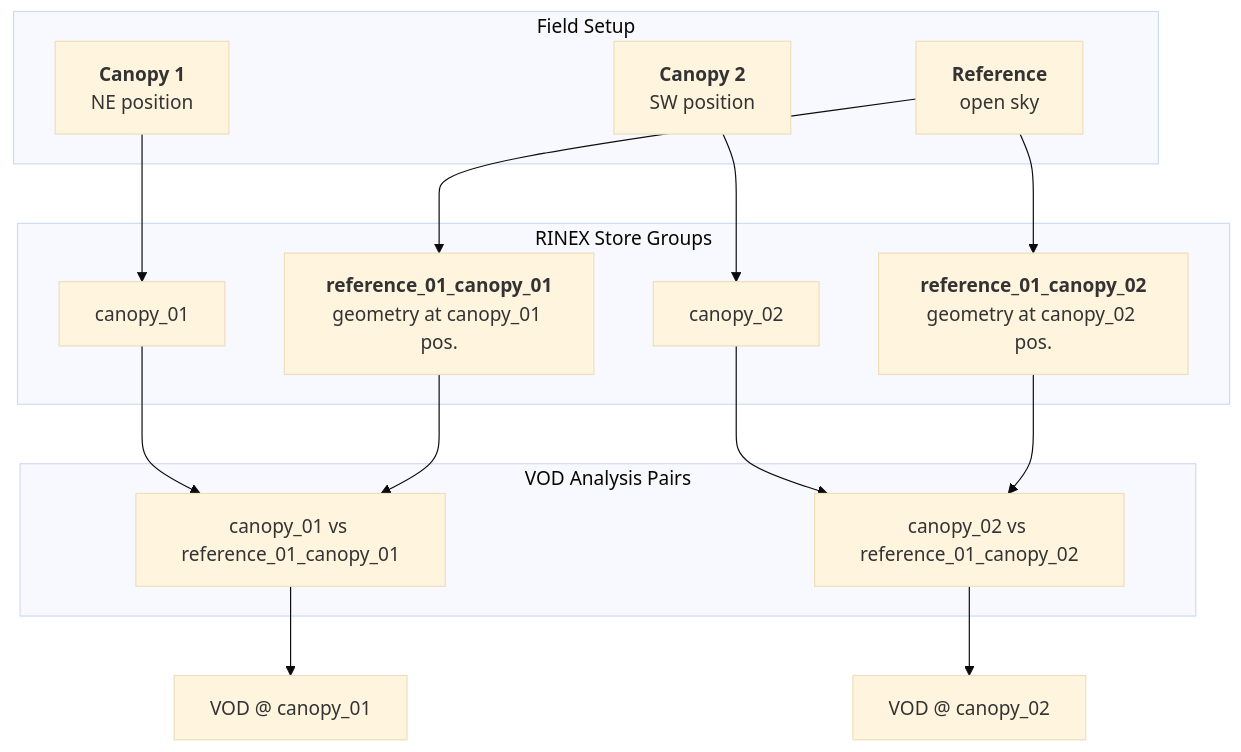
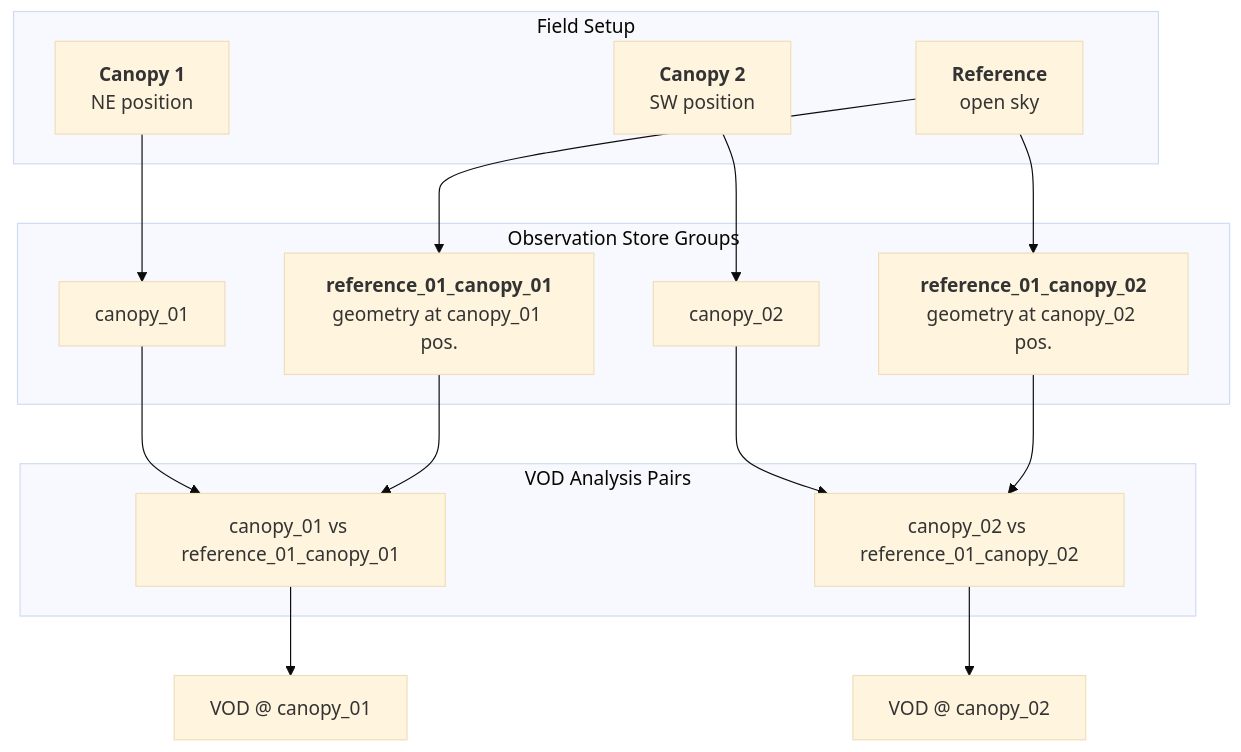
Before and after one commit to nfb2021/canvodpy: the diagram in docs/packages/vod/overview.md, drawn with Mermaid (base theme). The commit also changed other lines of this file and 9 other files, not shown here.

````diff
--- a/docs/packages/vod/overview.md
+++ b/docs/packages/vod/overview.md
@@ -92,36 +98,36 @@
 ```mermaid
 flowchart TD
     subgraph FIELD["Field Setup"]
         C1["`**Canopy 1**
         NE position`"]
         C2["`**Canopy 2**
         SW position`"]
         R1["`**Reference**
         open sky`"]
     end
 
-    subgraph STORE["RINEX Store Groups"]
+    subgraph STORE["Observation Store Groups"]
         SG1["canopy_01"]
         SG2["canopy_02"]
         SG3["`**reference_01_canopy_01**
         geometry at canopy_01 pos.`"]
         SG4["`**reference_01_canopy_02**
         geometry at canopy_02 pos.`"]
     end
 
     subgraph VOD["VOD Analysis Pairs"]
         VP1["canopy_01 vs reference_01_canopy_01"]
         VP2["canopy_02 vs reference_01_canopy_02"]
     end
 
     C1 --> SG1
     C2 --> SG2
     R1 --> SG3
     R1 --> SG4
     SG1 --> VP1
     SG3 --> VP1
     SG2 --> VP2
     SG4 --> VP2
     VP1 --> V1["VOD @ canopy_01"]
     VP2 --> V2["VOD @ canopy_02"]
 ```
````
